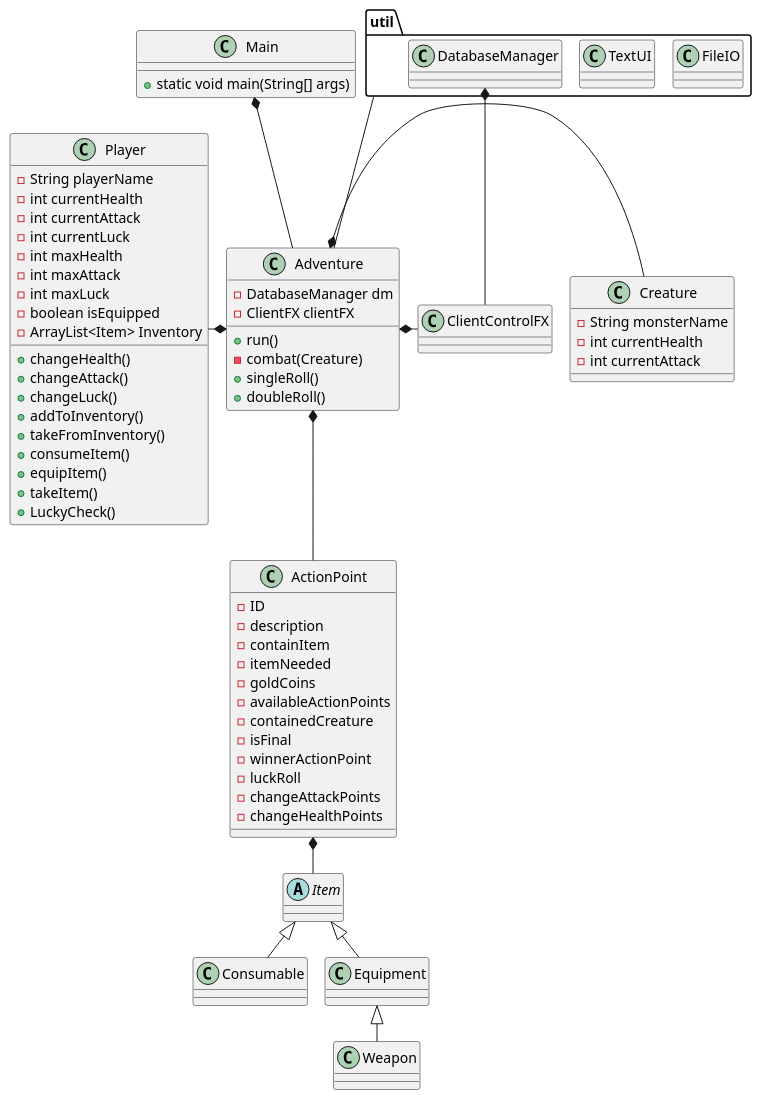
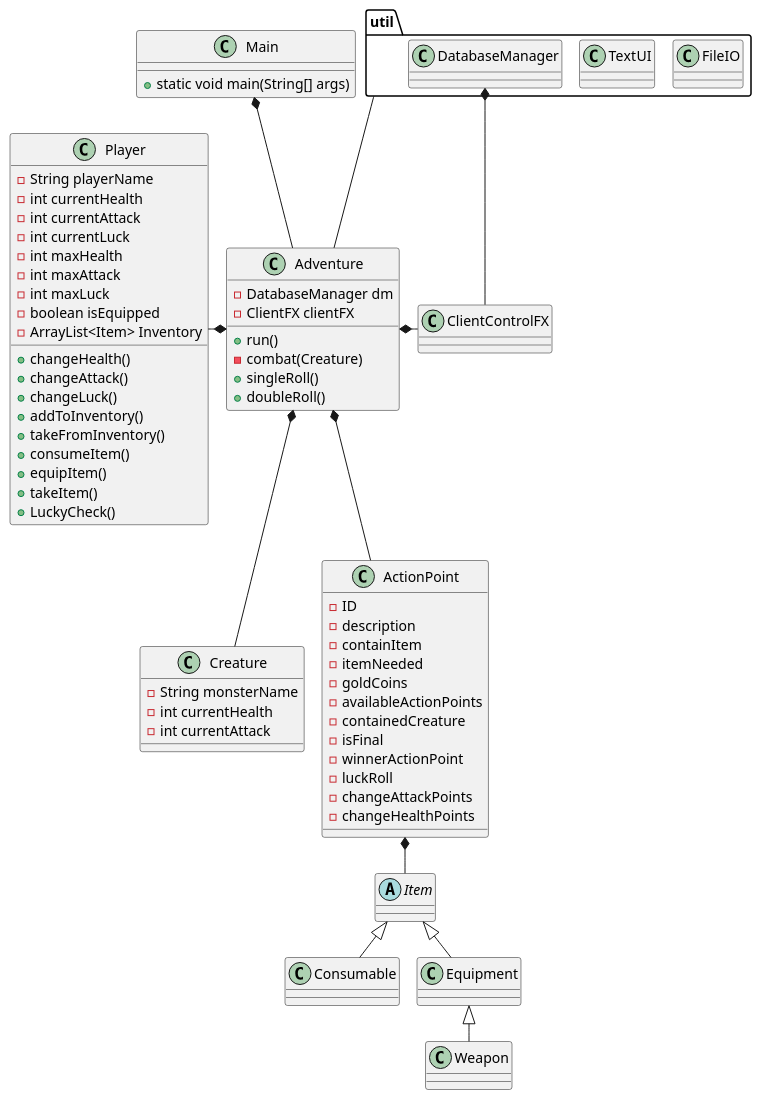
The diagram in doc/InheritanceDiagram1.puml (EmilXavierVT/2025ICE), drawn with PlantUML before and after one commit. The commit also changed 2 other files, not shown here.

Commit message:
Fixed diagrams 12-05-25, 18:57

```diff
--- a/doc/InheritanceDiagram1.puml
+++ b/doc/InheritanceDiagram1.puml
@@ -1,97 +1,97 @@
 @startuml
 !pragma layout smetana
 'https://plantuml.com/class-diagram
 
 
 class Main{
 + static void main(String[] args)
 
 }
 
 class Creature{
 -String monsterName
 -int currentHealth
 -int currentAttack
 
 
 }
 class Adventure{
 
 - DatabaseManager dm
 -ClientFX clientFX
 + run()
 - combat(Creature)
 + singleRoll()
 + doubleRoll()
 
 }
 class Player{
 -String playerName
 -int currentHealth
 -int currentAttack
 - int currentLuck
 -int maxHealth
 -int maxAttack
 -int maxLuck
 -boolean isEquipped
 -ArrayList<Item> Inventory
 
 + changeHealth()
 + changeAttack()
 + changeLuck()
 + addToInventory()
 + takeFromInventory()
 + consumeItem()
 + equipItem()
 + takeItem()
 + LuckyCheck()
 }
 
 abstract class Item
 class Consumable
 class Weapon
 class Equipment
 
 class ActionPoint{
 - ID
 - description
 - containItem
 - itemNeeded
 - goldCoins
 - availableActionPoints
 - containedCreature
 - isFinal
 - winnerActionPoint
 - luckRoll
 - changeAttackPoints
 - changeHealthPoints
 
 
  }
 
 
 
 package util{
 class FileIO
 class TextUI
 class DatabaseManager
 }
 
 class ClientControlFX
 
 
 
 
 Main *-- Adventure
 Adventure *-left- Player
 DatabaseManager *-- ClientControlFX
 Item <|-- Consumable
 Item <|-- Equipment
 Weapon -up-|> Equipment
 ActionPoint *-- Item
 ActionPoint -up-* Adventure
 "util" -right- Adventure
 Adventure *-right- ClientControlFX
-Creature -left-* Adventure
+Creature -up-* Adventure
 
 @enduml
```
